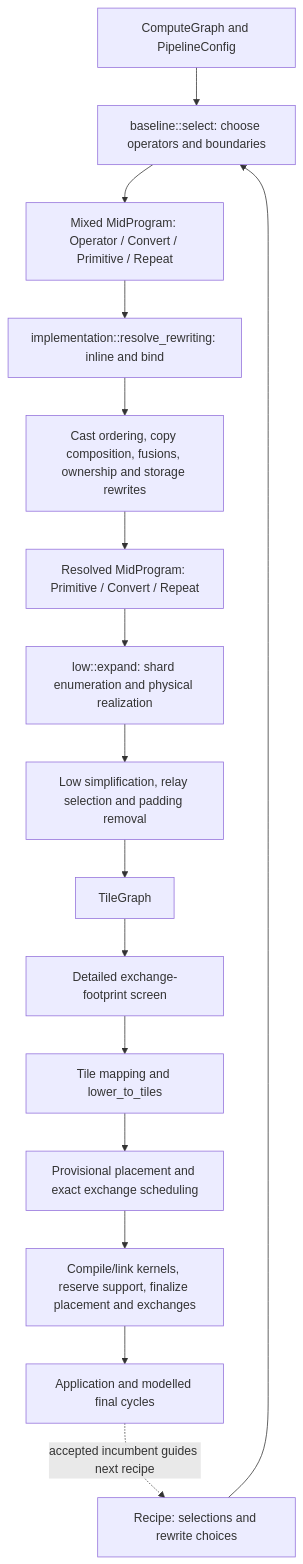
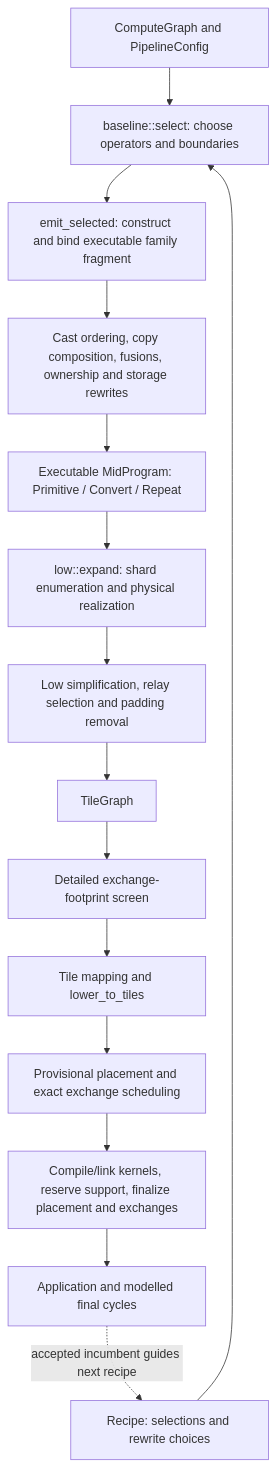
One commit to osmarks/ipu-stack changed the first of 3 diagrams in docs/COMPILER_DATA_FLOW.md. Above: the diagram before and after it, drawn with Mermaid. The commit also changed other lines of this file and 23 other files, not shown here.

Commit message:
Construct executable mid directly from selected families

````diff
--- a/docs/COMPILER_DATA_FLOW.md
+++ b/docs/COMPILER_DATA_FLOW.md
@@ -39,18 +41,17 @@
 ```mermaid
 flowchart TD
   G[ComputeGraph and PipelineConfig] --> P[baseline::select: choose operators and boundaries]
   R[Recipe: selections and rewrite choices] --> P
-  P --> U[Mixed MidProgram: Operator / Convert / Primitive / Repeat]
-  U --> I[implementation::resolve_rewriting: inline and bind]
+  P --> I[emit_selected: construct and bind executable family fragment]
   I --> W[Cast ordering, copy composition, fusions, ownership and storage rewrites]
-  W --> M[Resolved MidProgram: Primitive / Convert / Repeat]
+  W --> M[Executable MidProgram: Primitive / Convert / Repeat]
   M --> E[low::expand: shard enumeration and physical realization]
   E --> O[Low simplification, relay selection and padding removal]
   O --> T[TileGraph]
   T --> F[Detailed exchange-footprint screen]
   F --> L[Tile mapping and lower_to_tiles]
   L --> V[Provisional placement and exact exchange scheduling]
   V --> B[Compile/link kernels, reserve support, finalize placement and exchanges]
   B --> A[Application and modelled final cycles]
   A -. accepted incumbent guides next recipe .-> R
 ```
````
